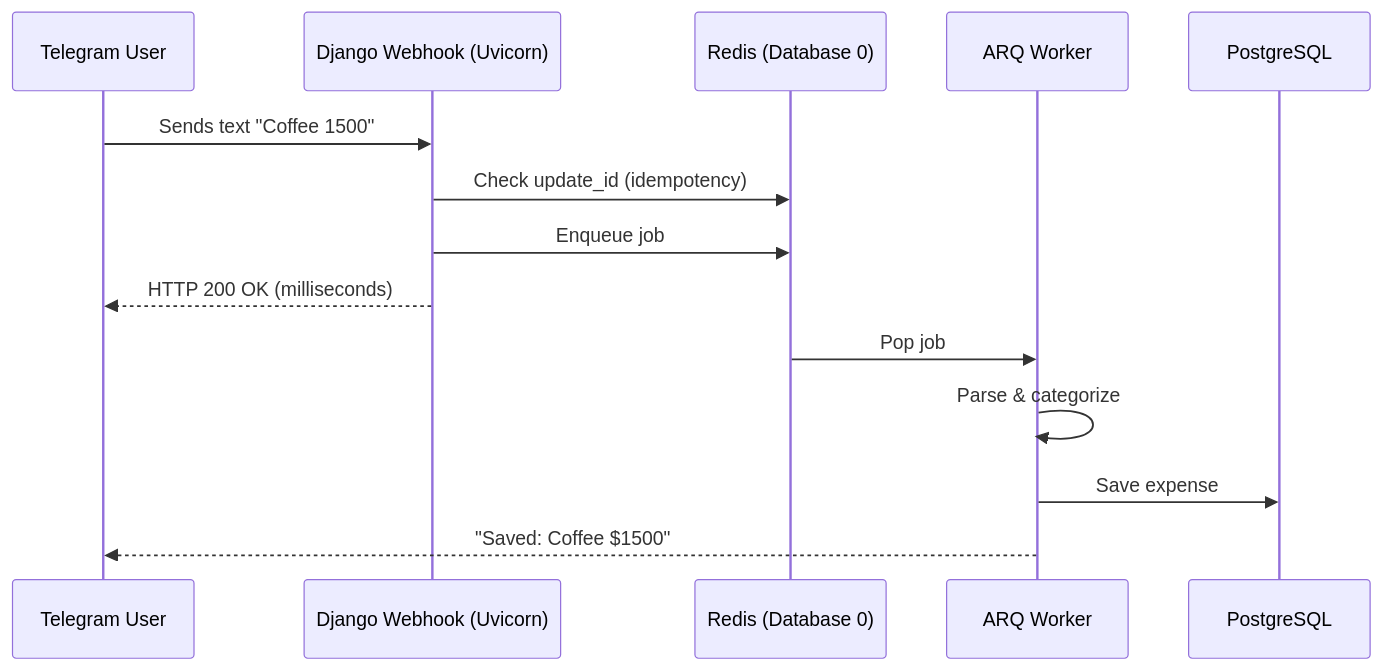
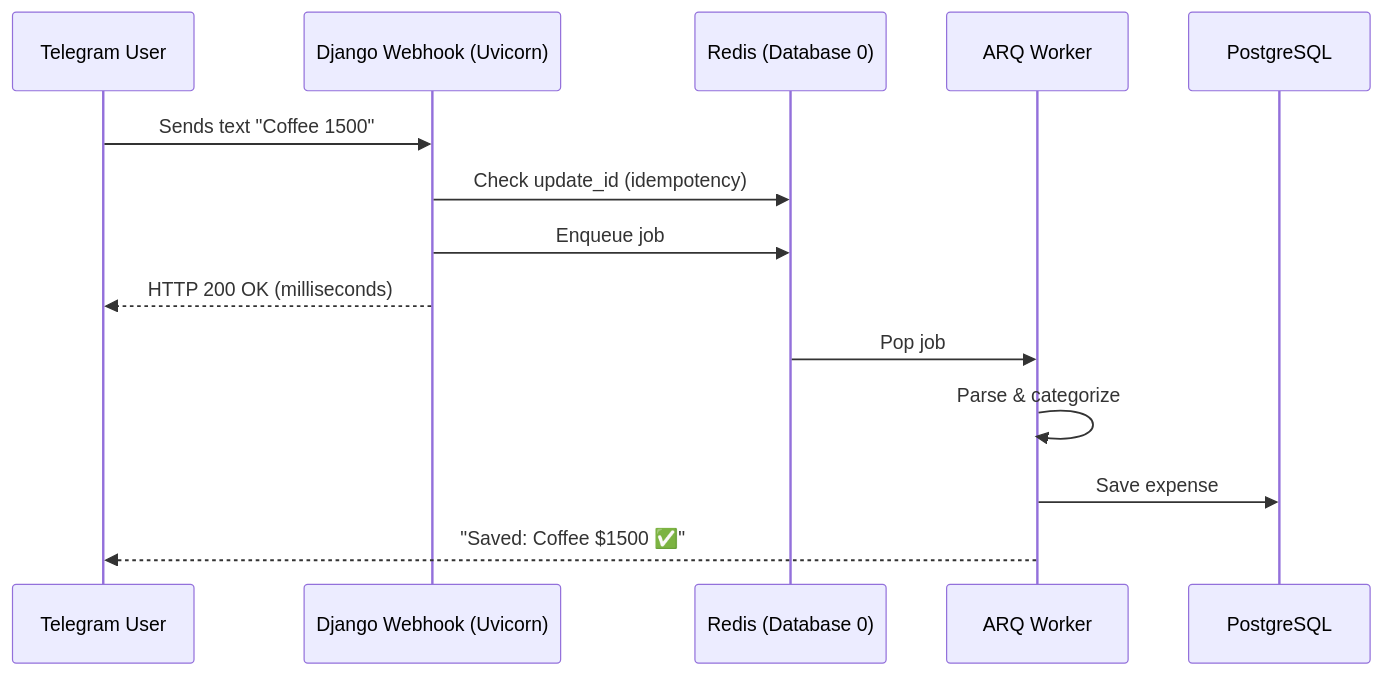
One commit to ivanvallejoss/smartexpense changed the diagram in README.md. Above: the diagram before and after it, drawn with Mermaid. The commit also changed other lines of this file and 3 other files, not shown here.

````diff
--- a/README.md
+++ b/README.md
@@ -76,17 +90,17 @@
 ```mermaid
 sequenceDiagram
     participant User as Telegram User
     participant Webhook as Django Webhook (Uvicorn)
     participant Redis as Redis (Database 0)
     participant Worker as ARQ Worker
     participant DB as PostgreSQL
 
     User->>Webhook: Sends text "Coffee 1500"
     Webhook->>Redis: Check update_id (idempotency)
     Webhook->>Redis: Enqueue job
     Webhook-->>User: HTTP 200 OK (milliseconds)
     Redis->>Worker: Pop job
     Worker->>Worker: Parse & categorize
     Worker->>DB: Save expense
-    Worker-->>User: "Saved: Coffee $1500"
+    Worker-->>User: "Saved: Coffee $1500 ✅"
 ```
````
